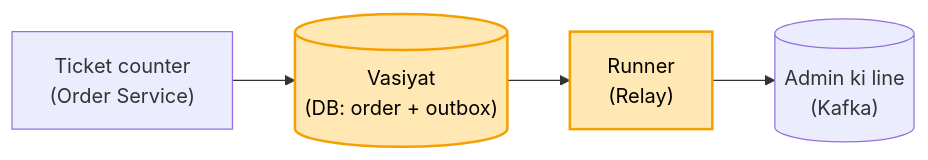
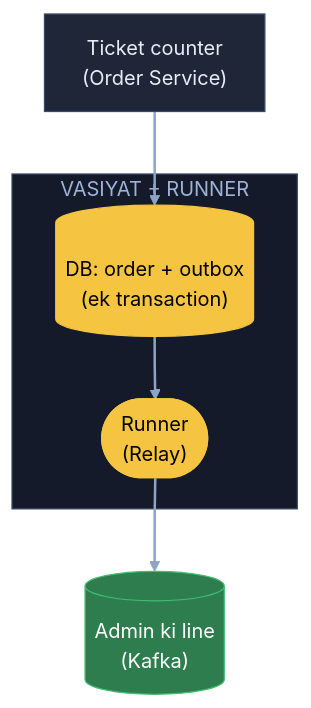
The seventh of 10 diagrams in 04_HLD/SYSTEM_DESIGNS/12_message_queue_kafka/12_message_queue_kafka.md (ArpanMaheshwari144/Prep), drawn with Mermaid before and after one commit. The commit also changed other lines of this file, not shown here.

Commit message:
Kafka: 10 diagram YouTube (reel) wale card andaaz me

````diff
--- a/04_HLD/SYSTEM_DESIGNS/12_message_queue_kafka/12_message_queue_kafka.md
+++ b/04_HLD/SYSTEM_DESIGNS/12_message_queue_kafka/12_message_queue_kafka.md
@@ -168,8 +229,18 @@
 ```mermaid
-flowchart LR
-    O["Ticket counter<br/>(Order Service)"] --> D[("Vasiyat<br/>(DB: order + outbox)")]
-    D --> RL["Runner<br/>(Relay)"]
-    RL --> K[("Admin ki line<br/>(Kafka)")]
-    style D fill:#ffe8b3,stroke:#f59f00,stroke-width:2px,color:#000
-    style RL fill:#ffe8b3,stroke:#f59f00,stroke-width:2px,color:#000
+flowchart TB
+    O["Ticket counter<br/>(Order Service)"]:::card
+    subgraph VR["VASIYAT + RUNNER"]
+        D[("DB: order + outbox<br/>(ek transaction)")]:::pill
+        RL(["Runner<br/>(Relay)"]):::pill
+    end
+    K[("Admin ki line<br/>(Kafka)")]:::good
+    O --> D
+    D --> RL
+    RL --> K
+    linkStyle default stroke:#8fa3c7,stroke-width:2px
+    classDef card fill:#1e2638,stroke:#3a4a6b,color:#e8ecf5
+    classDef pill fill:#f5c542,stroke:#f5c542,color:#000
+    classDef good fill:#2e7d4f,stroke:#3fbf6f,color:#fff
+    classDef bad fill:#5c1f24,stroke:#e05561,color:#fff
+    style VR fill:#141a29,stroke:#3a4a6b,color:#9fb3d9
 ```
````
